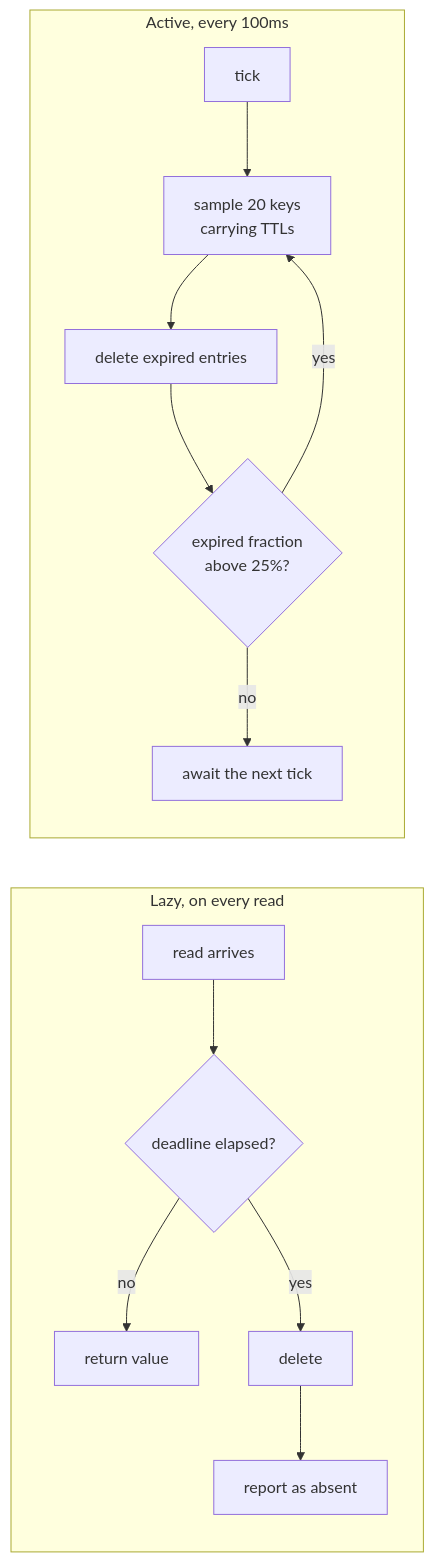
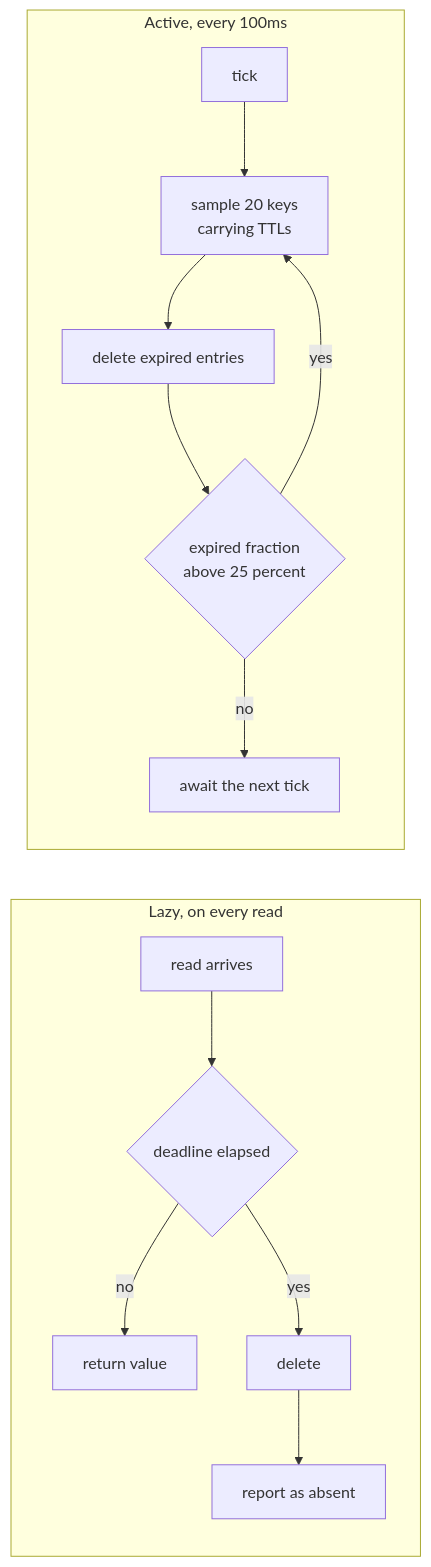
One commit to AviK0928/RedisGo changed the fifth of 9 diagrams in ARCHITECTURE.md. Above: the diagram before and after it, drawn with Mermaid. The commit also changed other lines of this file, not shown here.

Commit message:
Refine terminology in ARCHITECTURE.md

````diff
--- a/ARCHITECTURE.md
+++ b/ARCHITECTURE.md
@@ -217,16 +216,16 @@
 ```mermaid
 flowchart LR
     subgraph lazy [Lazy, on every read]
-        r1[read arrives] --> r2{deadline elapsed?}
+        r1[read arrives] --> r2{deadline elapsed}
         r2 -->|no| r3[return value]
         r2 -->|yes| r4[delete] --> r5[report as absent]
     end
 
     subgraph active [Active, every 100ms]
-        a1[tick] --> a2[sample 20 keys<br/>carrying TTLs]
+        a1[tick] --> a2["sample 20 keys<br/>carrying TTLs"]
         a2 --> a3[delete expired entries]
-        a3 --> a4{"expired fraction<br/>above 25%?"}
+        a3 --> a4{"expired fraction<br/>above 25 percent"}
         a4 -->|yes| a2
         a4 -->|no| a5[await the next tick]
     end
 ```
````
